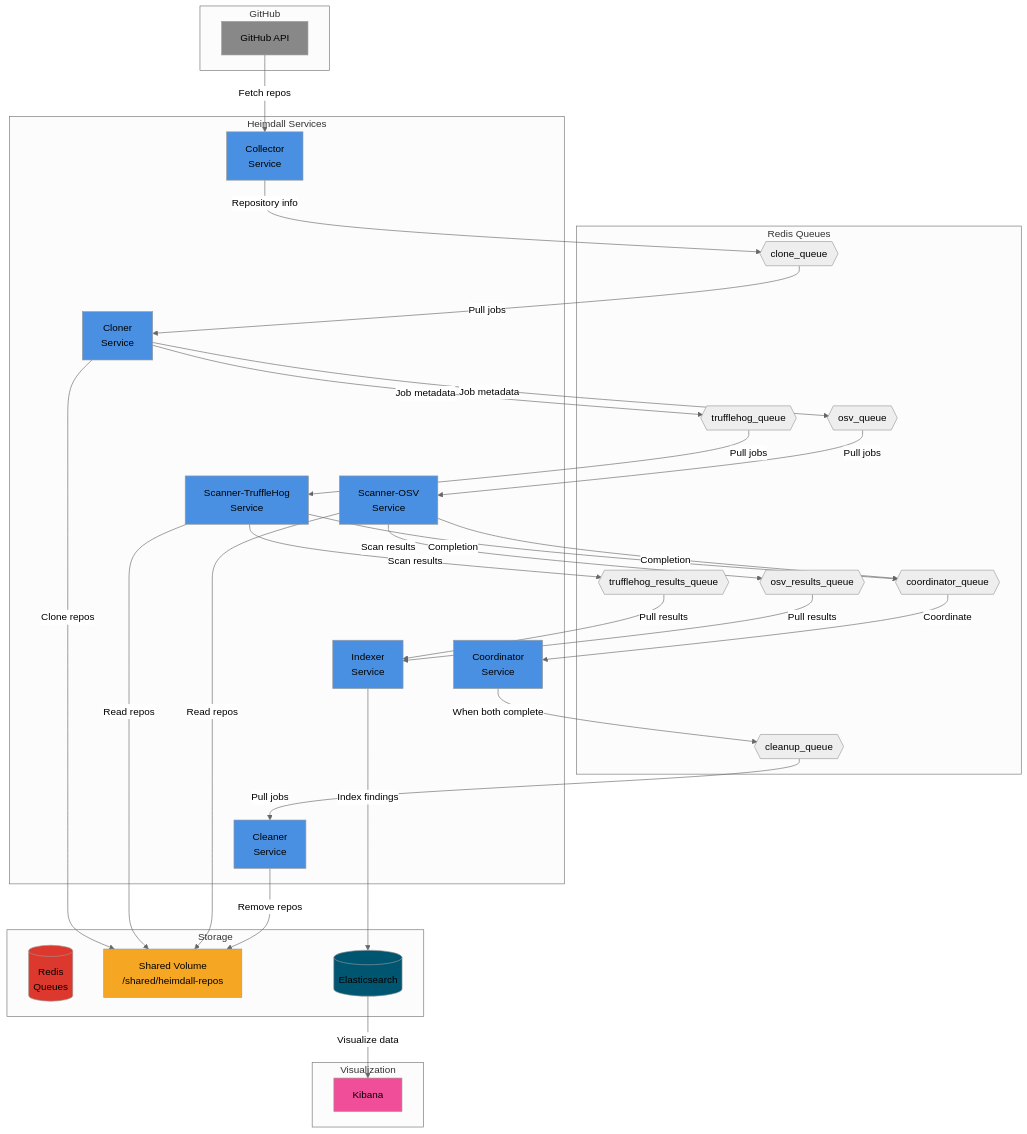
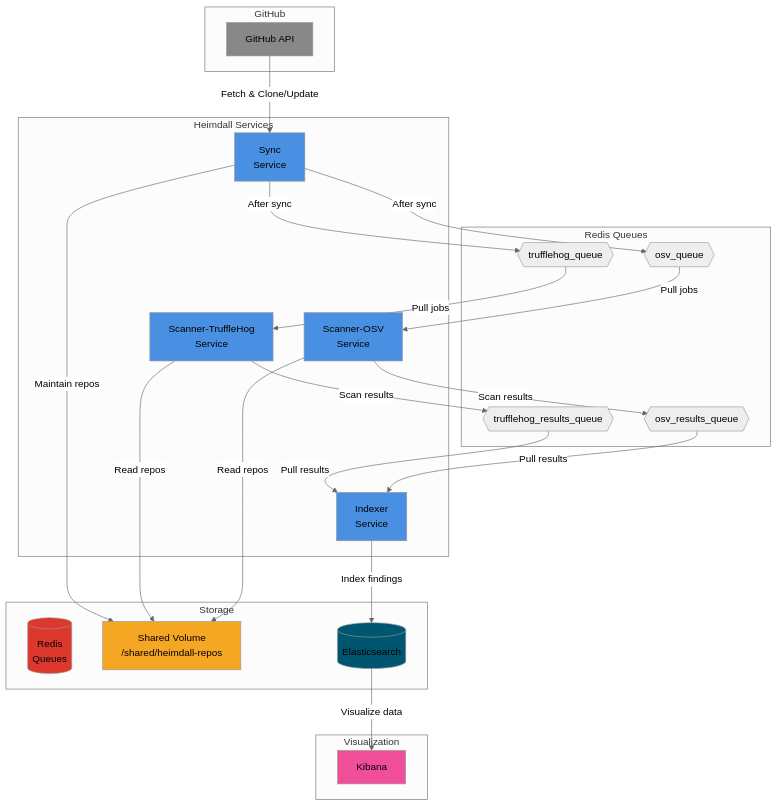
One commit to klimeurt/heimdall changed the diagram in README.md. Above: the diagram before and after it, drawn with Mermaid. The commit also changed other lines of this file and 48 other files, not shown here.

Commit message:
Sync all repos locally

````diff
--- a/README.md
+++ b/README.md
@@ -7,76 +15,59 @@
 ```mermaid
 ---
 config:
   theme: 'neutral'
 ---
 graph TB
     subgraph "GitHub"
         GH[GitHub API]
     end
 
     subgraph "Heimdall Services"
-        COL[Collector<br/>Service]
-        CLO[Cloner<br/>Service]
+        SYNC[Sync<br/>Service]
         TFH[Scanner-TruffleHog<br/>Service]
         OSV[Scanner-OSV<br/>Service]
-        COO[Coordinator<br/>Service]
-        CLE[Cleaner<br/>Service]
         IDX[Indexer<br/>Service]
     end
 
     subgraph "Storage"
         R[(Redis<br/>Queues)]
         SV[Shared Volume<br/>/shared/heimdall-repos]
         ES[(Elasticsearch)]
     end
 
     subgraph "Visualization"
         KB[Kibana]
     end
 
     subgraph "Redis Queues"
-        Q1{{clone_queue}}
-        Q2{{trufflehog_queue}}
-        Q3{{osv_queue}}
-        Q4{{trufflehog_results_queue}}
-        Q5{{osv_results_queue}}
-        Q6{{coordinator_queue}}
-        Q7{{cleanup_queue}}
+        Q1{{trufflehog_queue}}
+        Q2{{osv_queue}}
+        Q3{{trufflehog_results_queue}}
+        Q4{{osv_results_queue}}
     end
 
-    GH -->|Fetch repos| COL
-    COL -->|Repository info| Q1
-    Q1 -->|Pull jobs| CLO
-    CLO -->|Clone repos| SV
-    CLO -->|Job metadata| Q2
-    CLO -->|Job metadata| Q3
-    Q2 -->|Pull jobs| TFH
-    Q3 -->|Pull jobs| OSV
+    GH -->|Fetch & Clone/Update| SYNC
+    SYNC -->|Maintain repos| SV
+    SYNC -->|After sync| Q1
+    SYNC -->|After sync| Q2
+    Q1 -->|Pull jobs| TFH
+    Q2 -->|Pull jobs| OSV
     TFH -->|Read repos| SV
     OSV -->|Read repos| SV
-    TFH -->|Scan results| Q4
-    OSV -->|Scan results| Q5
-    TFH -->|Completion| Q6
-    OSV -->|Completion| Q6
-    Q6 -->|Coordinate| COO
-    COO -->|When both complete| Q7
+    TFH -->|Scan results| Q3
+    OSV -->|Scan results| Q4
+    Q3 -->|Pull results| IDX
     Q4 -->|Pull results| IDX
-    Q5 -->|Pull results| IDX
-    Q7 -->|Pull jobs| CLE
-    CLE -->|Remove repos| SV
     IDX -->|Index findings| ES
     ES -->|Visualize data| KB
     
-    style COL fill:#4A90E2
-    style CLO fill:#4A90E2
+    style SYNC fill:#4A90E2
     style TFH fill:#4A90E2
     style OSV fill:#4A90E2
-    style COO fill:#4A90E2
-    style CLE fill:#4A90E2
     style IDX fill:#4A90E2
     style R fill:#DC382D
     style SV fill:#F5A623
     style ES fill:#005571
     style GH fill:#888
     style KB fill:#F04E98
 ```
````
